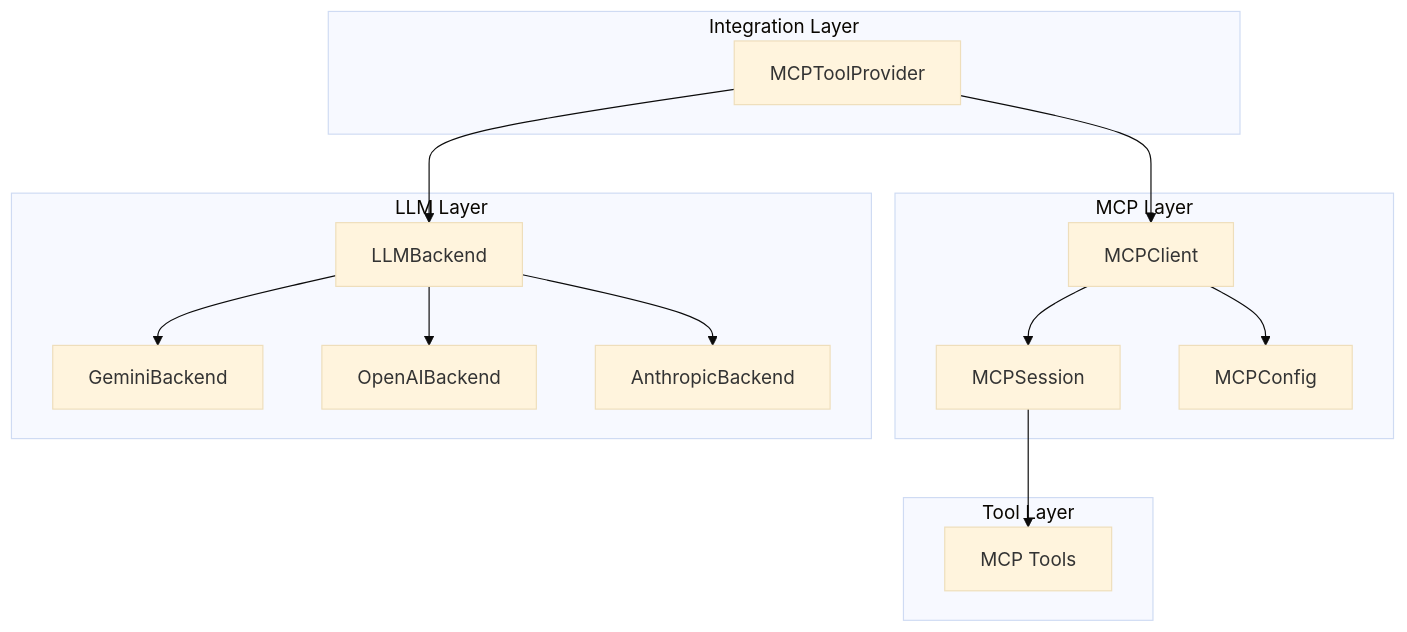
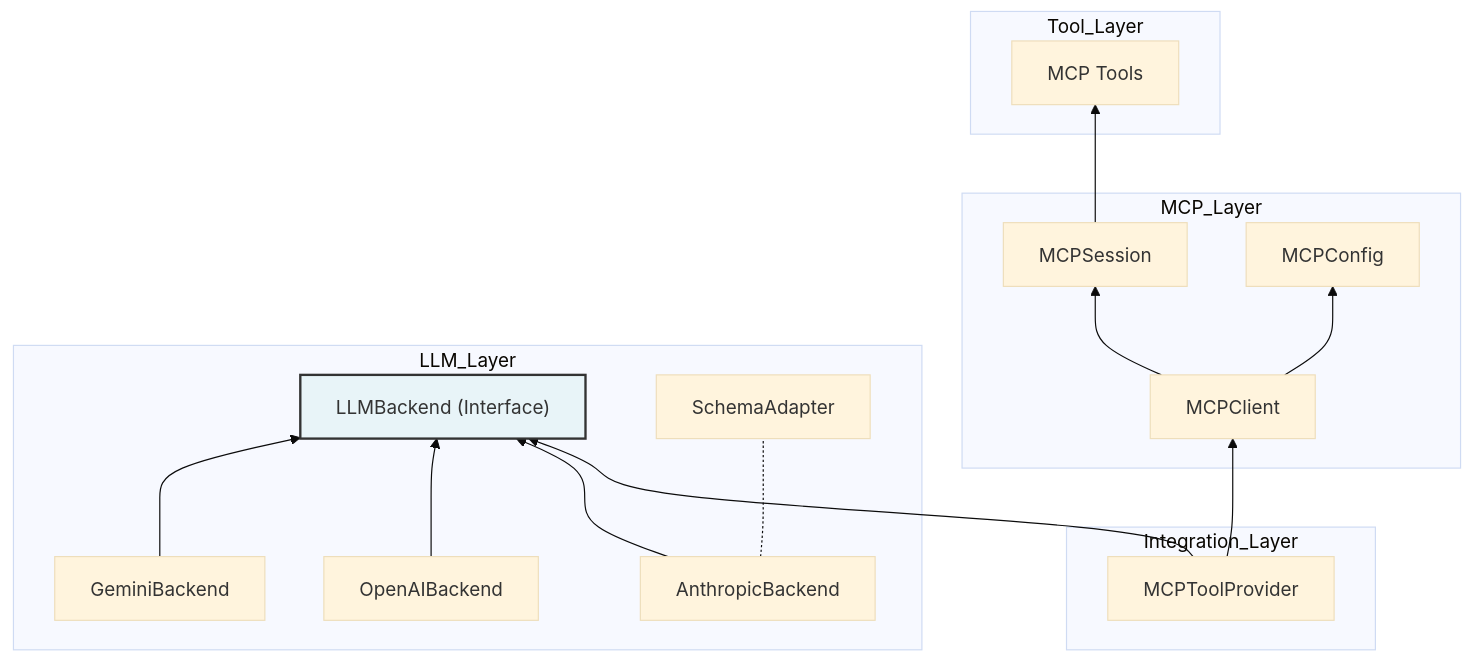
One commit to beanone/agentical changed the first of 3 diagrams in docs/architecture.md. Above: the diagram before and after it, drawn with Mermaid (base theme). The commit also changed 5 other files, not shown here.

Commit message:
Updated to use Mermaid diagrams inline

````diff
--- a/docs/architecture.md
+++ b/docs/architecture.md
@@ -9,31 +9,37 @@
 ```mermaid
-graph TB
-    subgraph "MCP Layer"
+graph BT
+    subgraph MCP_Layer
         MCP[MCPClient]
         Session[MCPSession]
         Config[MCPConfig]
         MCP --> Session
         MCP --> Config
     end
 
-    subgraph "LLM Layer"
-        LLMBackend[LLMBackend]
+    subgraph LLM_Layer
+        LLMBackend["LLMBackend (Interface)"]:::interface
+        Adapter[SchemaAdapter]
+        
         Gemini[GeminiBackend]
         OpenAI[OpenAIBackend]
         Anthropic[AnthropicBackend]
-        LLMBackend --> Gemini
-        LLMBackend --> OpenAI
-        LLMBackend --> Anthropic
+        
+        Gemini --> LLMBackend
+        OpenAI --> LLMBackend
+        Anthropic --> LLMBackend
+        Anthropic -.- Adapter
     end
 
-    subgraph "Integration Layer"
+    subgraph Integration_Layer
         Provider[MCPToolProvider]
         Provider --> MCP
         Provider --> LLMBackend
     end
 
-    subgraph "Tool Layer"
+    subgraph Tool_Layer
         Tools[MCP Tools]
         Session --> Tools
     end
+
+    classDef interface fill:#e8f4f8,stroke:#333,stroke-width:2px;
 ```
````
